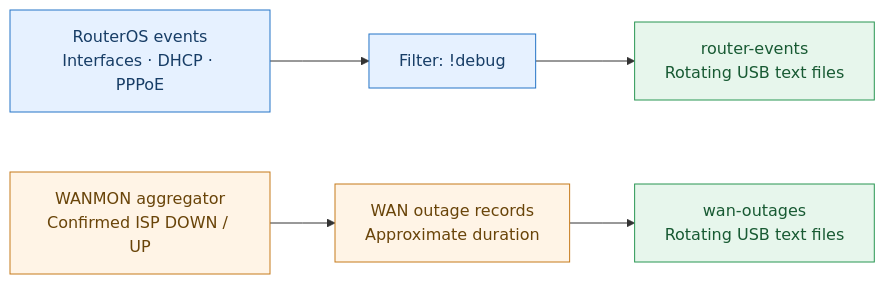
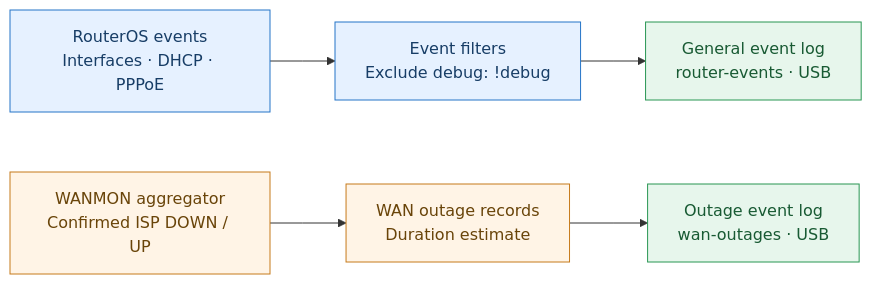
Before and after one commit to london36/mikrotik-dualwan-pcc-failover-monitoring: the diagram in docs/mermaid-logging-preview.md, drawn with Mermaid. The commit also changed other lines of this file, not shown here.

Commit message:
docs: align logging diagram labels and equalize box heights

````diff
--- a/docs/mermaid-logging-preview.md
+++ b/docs/mermaid-logging-preview.md
@@ -7,21 +7,21 @@
 ```mermaid
-%%{init: {"flowchart": {"minNodeWidth": 300, "nodeSpacing": 60, "rankSpacing": 65, "curve": "linear"}}}%%
+%%{init: {"flowchart": {"htmlLabels": false, "minNodeWidth": 300, "nodeSpacing": 60, "rankSpacing": 65, "curve": "linear"}}}%%
 flowchart LR
     E["RouterOS events<br/>Interfaces · DHCP · PPPoE"]
-    F["Filter: !debug"]
-    G["router-events<br/>Rotating USB text files"]
+    F["Event filters<br/>Exclude debug: !debug"]
+    G["General event log<br/>router-events · USB"]
 
     W["WANMON aggregator<br/>Confirmed ISP DOWN / UP"]
-    R["WAN outage records<br/>Approximate duration"]
-    U["wan-outages<br/>Rotating USB text files"]
+    R["WAN outage records<br/>Duration estimate"]
+    U["Outage event log<br/>wan-outages · USB"]
 
     E --> F --> G
     W --> R --> U
 
     classDef general fill:#e6f1ff,stroke:#2474c7,color:#173d66
     classDef outage fill:#fff4e6,stroke:#c67a1b,color:#694409
     classDef storage fill:#e7f6ec,stroke:#299653,color:#185a33
     class E,F general
     class W,R outage
     class G,U storage
 ```
````
